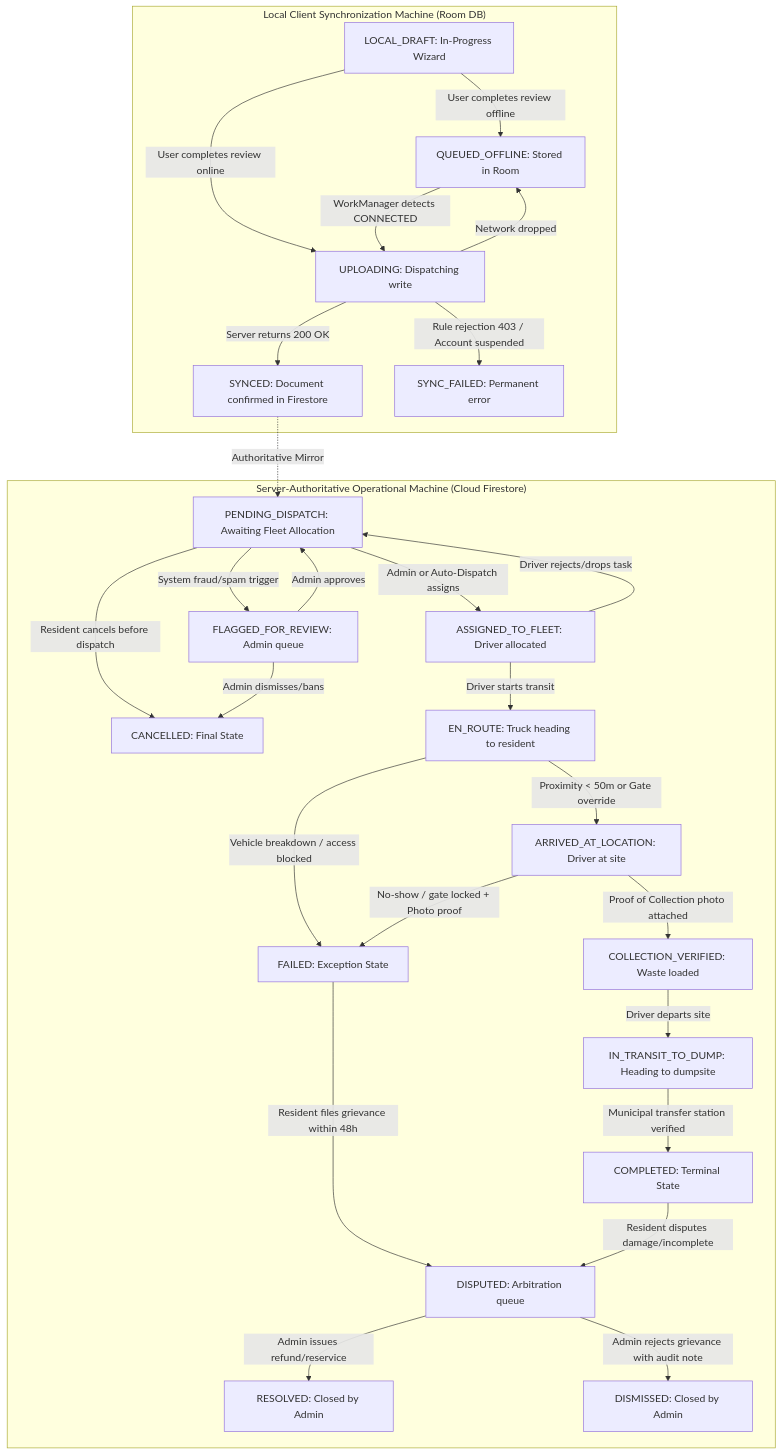
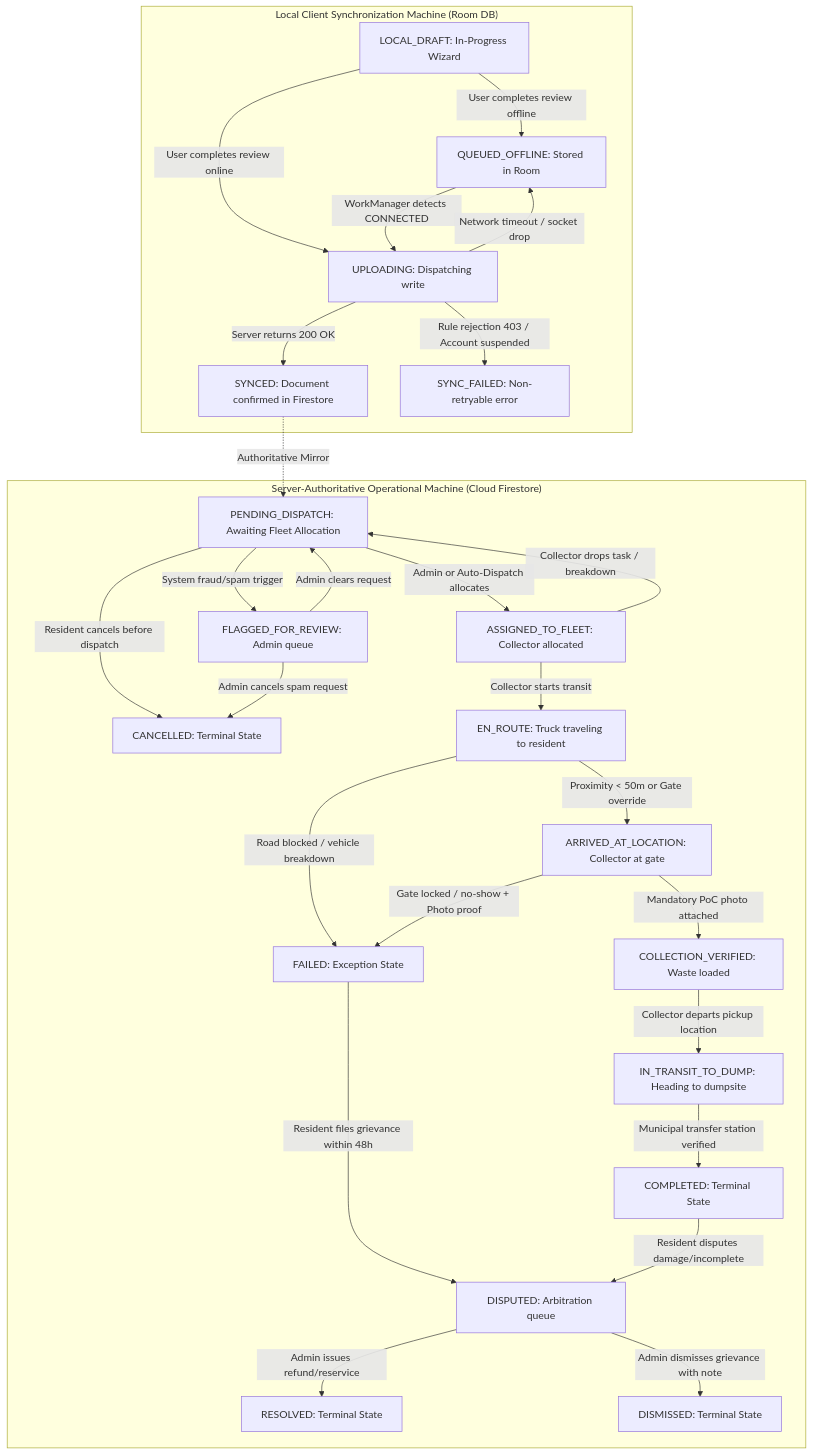
One commit to collinobeid/wastelink changed the second of 3 diagrams in docs/MODULE_2_RESIDENT_REQUEST_ARCHITECTURE.md. Above: the diagram before and after it, drawn with Mermaid. The commit also changed other lines of this file and 1 other file, not shown here.

Commit message:
docs(module2): finalize v2.1 architecture and checklist incorporating all nine Lead Technical Director corrections

````diff
--- a/docs/MODULE_2_RESIDENT_REQUEST_ARCHITECTURE.md
+++ b/docs/MODULE_2_RESIDENT_REQUEST_ARCHITECTURE.md
@@ -96,41 +100,41 @@
 ```mermaid
 flowchart TD
     subgraph Local_Device_Lifecycle ["Local Client Synchronization Machine (Room DB)"]
         LD_Draft[LOCAL_DRAFT: In-Progress Wizard] -->|User completes review offline| LD_Queued[QUEUED_OFFLINE: Stored in Room]
         LD_Draft -->|User completes review online| LD_Uploading[UPLOADING: Dispatching write]
         LD_Queued -->|WorkManager detects CONNECTED| LD_Uploading
         LD_Uploading -->|Server returns 200 OK| LD_Synced[SYNCED: Document confirmed in Firestore]
-        LD_Uploading -->|Network dropped| LD_Queued
-        LD_Uploading -->|Rule rejection 403 / Account suspended| LD_Failed[SYNC_FAILED: Permanent error]
+        LD_Uploading -->|Network timeout / socket drop| LD_Queued
+        LD_Uploading -->|Rule rejection 403 / Account suspended| LD_Failed[SYNC_FAILED: Non-retryable error]
     end
 
     subgraph Server_Authoritative_Lifecycle ["Server-Authoritative Operational Machine (Cloud Firestore)"]
         SF_Pending[PENDING_DISPATCH: Awaiting Fleet Allocation]
-        SF_Pending -->|Admin or Auto-Dispatch assigns| SF_Assigned[ASSIGNED_TO_FLEET: Driver allocated]
-        SF_Pending -->|Resident cancels before dispatch| SF_Cancelled[CANCELLED: Final State]
+        SF_Pending -->|Admin or Auto-Dispatch allocates| SF_Assigned[ASSIGNED_TO_FLEET: Collector allocated]
+        SF_Pending -->|Resident cancels before dispatch| SF_Cancelled[CANCELLED: Terminal State]
         SF_Pending -->|System fraud/spam trigger| SF_Flagged[FLAGGED_FOR_REVIEW: Admin queue]
         
-        SF_Flagged -->|Admin approves| SF_Pending
-        SF_Flagged -->|Admin dismisses/bans| SF_Cancelled
+        SF_Flagged -->|Admin clears request| SF_Pending
+        SF_Flagged -->|Admin cancels spam request| SF_Cancelled
         
-        SF_Assigned -->|Driver starts transit| SF_EnRoute[EN_ROUTE: Truck heading to resident]
-        SF_Assigned -->|Driver rejects/drops task| SF_Pending
+        SF_Assigned -->|Collector starts transit| SF_EnRoute[EN_ROUTE: Truck traveling to resident]
+        SF_Assigned -->|Collector drops task / breakdown| SF_Pending
         
-        SF_EnRoute -->|Proximity < 50m or Gate override| SF_Arrived[ARRIVED_AT_LOCATION: Driver at site]
-        SF_EnRoute -->|Vehicle breakdown / access blocked| SF_Failed[FAILED: Exception State]
+        SF_EnRoute -->|Proximity < 50m or Gate override| SF_Arrived[ARRIVED_AT_LOCATION: Collector at gate]
+        SF_EnRoute -->|Road blocked / vehicle breakdown| SF_Failed[FAILED: Exception State]
         
-        SF_Arrived -->|Proof of Collection photo attached| SF_Verified[COLLECTION_VERIFIED: Waste loaded]
-        SF_Arrived -->|No-show / gate locked + Photo proof| SF_Failed
+        SF_Arrived -->|Mandatory PoC photo attached| SF_Verified[COLLECTION_VERIFIED: Waste loaded]
+        SF_Arrived -->|Gate locked / no-show + Photo proof| SF_Failed
         
-        SF_Verified -->|Driver departs site| SF_InTransit[IN_TRANSIT_TO_DUMP: Heading to dumpsite]
+        SF_Verified -->|Collector departs pickup location| SF_InTransit[IN_TRANSIT_TO_DUMP: Heading to dumpsite]
         SF_InTransit -->|Municipal transfer station verified| SF_Completed[COMPLETED: Terminal State]
         
         SF_Failed -->|Resident files grievance within 48h| SF_Disputed[DISPUTED: Arbitration queue]
         SF_Completed -->|Resident disputes damage/incomplete| SF_Disputed
         
-        SF_Disputed -->|Admin issues refund/reservice| SF_Resolved[RESOLVED: Closed by Admin]
-        SF_Disputed -->|Admin rejects grievance with audit note| SF_Dismissed[DISMISSED: Closed by Admin]
+        SF_Disputed -->|Admin issues refund/reservice| SF_Resolved[RESOLVED: Terminal State]
+        SF_Disputed -->|Admin dismisses grievance with note| SF_Dismissed[DISMISSED: Terminal State]
     end
 
     LD_Synced -.->|Authoritative Mirror| SF_Pending
 ```
````
